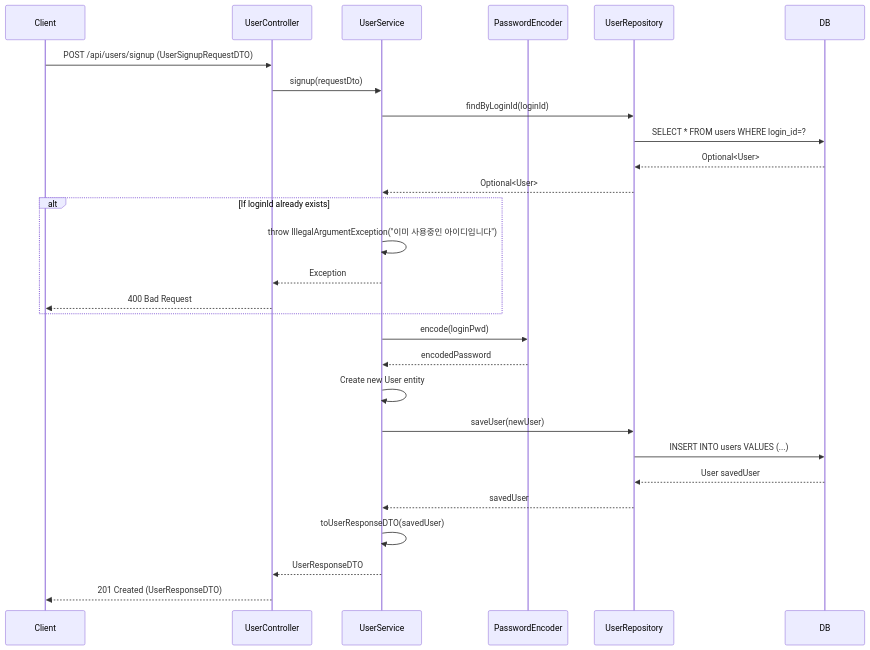
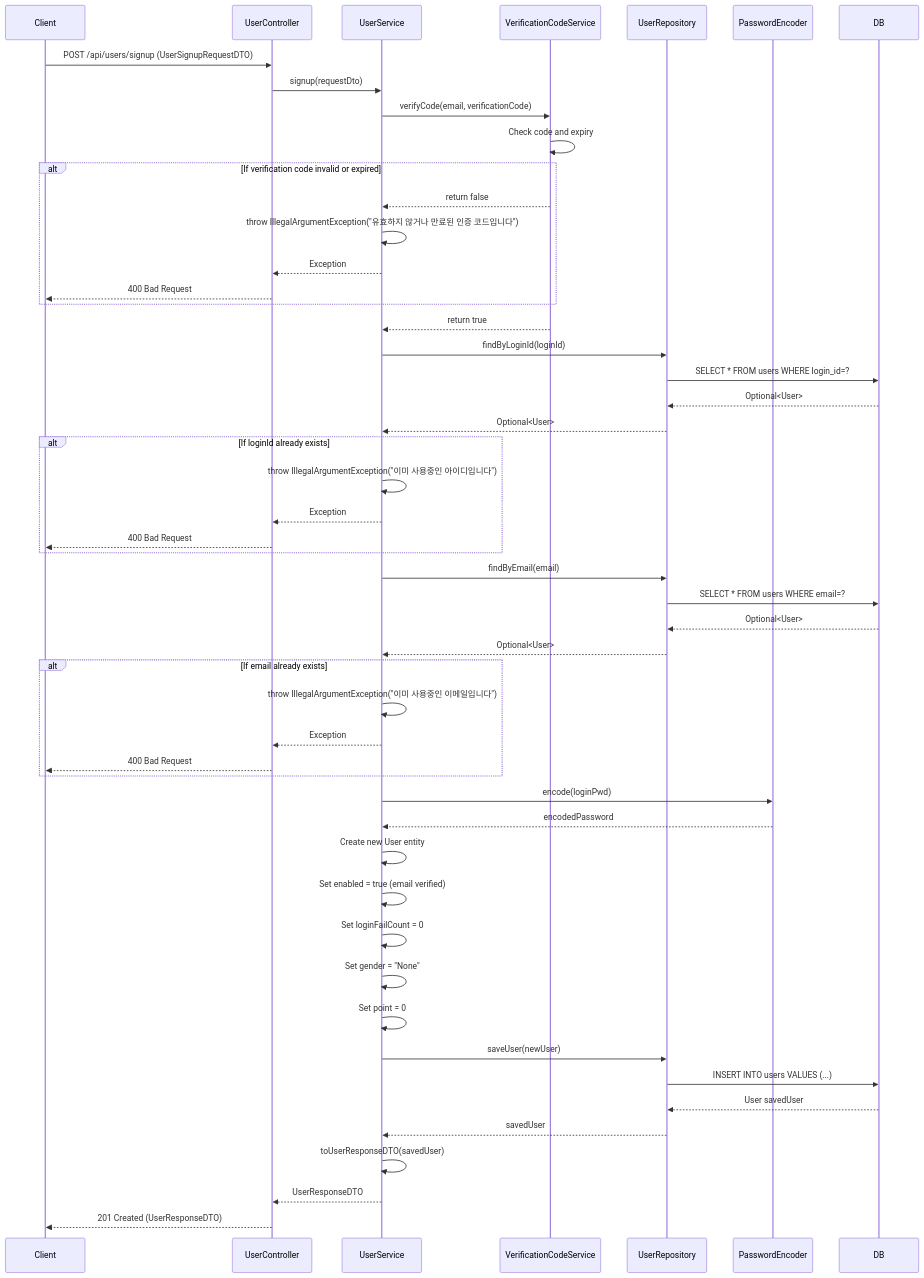
One commit to rororo33/game-s-cord changed the diagram in SDS/sequenceDiagram/userSystemSequenceDiagram/signupSequenceDiagram.md. Above: the diagram before and after it, drawn with Mermaid. The commit also changed other lines of this file and 10 other files, not shown here.

Commit message:
feat : 추가된 기능 및 변경된 기능에 대한 Sequence Diagram 업데이트

````diff
--- a/SDS/sequenceDiagram/userSystemSequenceDiagram/signupSequenceDiagram.md
+++ b/SDS/sequenceDiagram/userSystemSequenceDiagram/signupSequenceDiagram.md
@@ -3,36 +3,65 @@
 ```mermaid
 sequenceDiagram
     participant Client
     participant Controller as UserController
     participant Service as UserService
+    participant VerificationCodeService
+    participant Repo as UserRepository
     participant Encoder as PasswordEncoder
-    participant Repo as UserRepository
     participant DB
 
     Client->>Controller: POST /api/users/signup (UserSignupRequestDTO)
     Controller->>Service: signup(requestDto)
+
+    Service->>VerificationCodeService: verifyCode(email, verificationCode)
+    VerificationCodeService->>VerificationCodeService: Check code and expiry
+
+    alt If verification code invalid or expired
+        VerificationCodeService-->>Service: return false
+        Service->>Service: throw IllegalArgumentException("유효하지 않거나 만료된 인증 코드입니다")
+        Service-->>Controller: Exception
+        Controller-->>Client: 400 Bad Request
+    end
+
+    VerificationCodeService-->>Service: return true
+
     Service->>Repo: findByLoginId(loginId)
     Repo->>DB: SELECT * FROM users WHERE login_id=?
     DB-->>Repo: Optional<User>
     Repo-->>Service: Optional<User>
-    
+
     alt If loginId already exists
         Service->>Service: throw IllegalArgumentException("이미 사용중인 아이디입니다")
         Service-->>Controller: Exception
         Controller-->>Client: 400 Bad Request
     end
-    
+
+    Service->>Repo: findByEmail(email)
+    Repo->>DB: SELECT * FROM users WHERE email=?
+    DB-->>Repo: Optional<User>
+    Repo-->>Service: Optional<User>
+
+    alt If email already exists
+        Service->>Service: throw IllegalArgumentException("이미 사용중인 이메일입니다")
+        Service-->>Controller: Exception
+        Controller-->>Client: 400 Bad Request
+    end
+
     Service->>Encoder: encode(loginPwd)
     Encoder-->>Service: encodedPassword
-    
+
     Service->>Service: Create new User entity
-    
+    Service->>Service: Set enabled = true (email verified)
+    Service->>Service: Set loginFailCount = 0
+    Service->>Service: Set gender = "None"
+    Service->>Service: Set point = 0
+
     Service->>Repo: saveUser(newUser)
     Repo->>DB: INSERT INTO users VALUES (...)
     DB-->>Repo: User savedUser
     Repo-->>Service: savedUser
-    
+
     Service->>Service: toUserResponseDTO(savedUser)
     Service-->>Controller: UserResponseDTO
     Controller-->>Client: 201 Created (UserResponseDTO)
 ```
````
